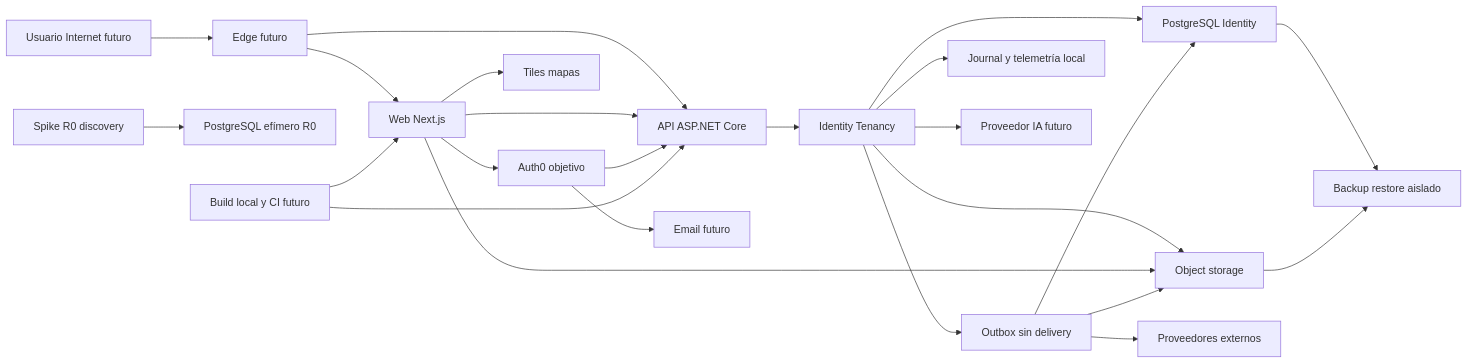
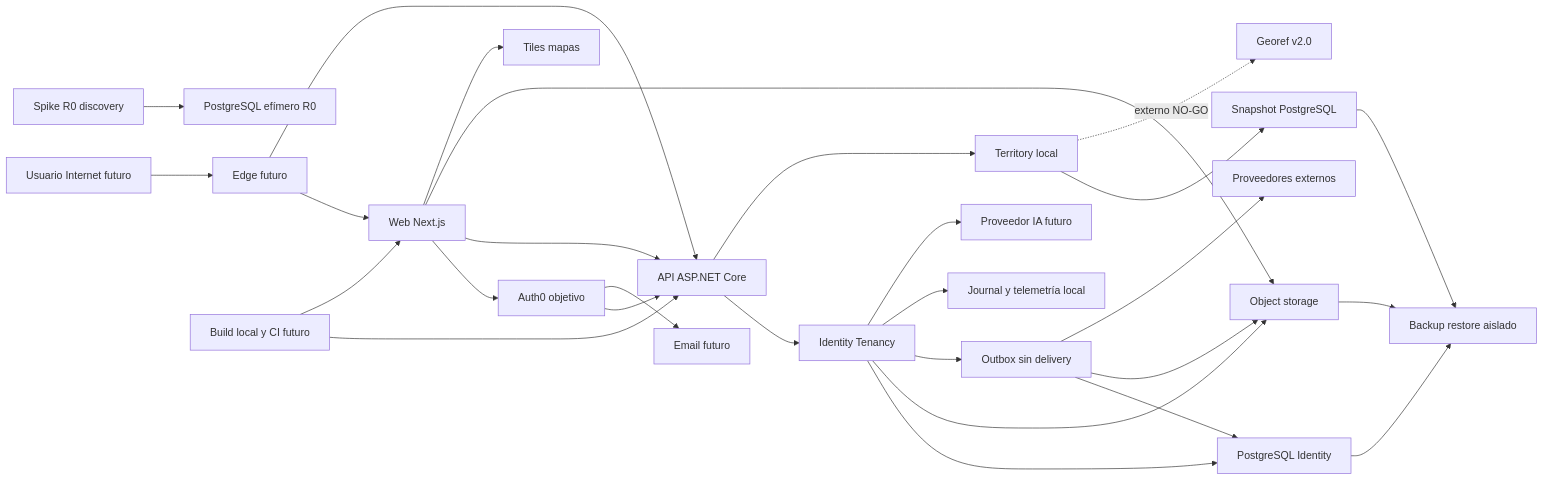
The diagram in tasks/evidence/AGRO-SEC-001/AgropecuarIA-threat-model.md (JuaniRMariani/AgropecuarIA), drawn with Mermaid before and after one commit. The commit also changed other lines of this file and 67 other files, not shown here.

````diff
--- a/tasks/evidence/AGRO-SEC-001/AgropecuarIA-threat-model.md
+++ b/tasks/evidence/AGRO-SEC-001/AgropecuarIA-threat-model.md
@@ -64,26 +66,30 @@
 ```mermaid
 flowchart LR
   U["Usuario Internet futuro"] --> E["Edge futuro"]
   E --> W["Web Next.js"]
   E --> A["API ASP.NET Core"]
   W --> I["Auth0 objetivo"]
   W --> A["API ASP.NET Core"]
   I --> A
   I --> N["Email futuro"]
   A --> M["Identity Tenancy"]
   M --> D["PostgreSQL Identity"]
+  A --> G["Territory local"]
+  G --> GD["Snapshot PostgreSQL"]
+  G -. "externo NO-GO" .-> GE["Georef v2.0"]
   S["Spike R0 discovery"] --> SD["PostgreSQL efímero R0"]
   M --> O["Object storage"]
   W --> O
   W --> T["Tiles mapas"]
   M --> Q["Outbox sin delivery"]
   Q --> D
   Q --> O
   Q --> P["Proveedores externos"]
   M --> L["Journal y telemetría local"]
   M --> X["Proveedor IA futuro"]
   B["Build local y CI futuro"] --> A
   B --> W
   D --> R["Backup restore aislado"]
+  GD --> R
   O --> R
 ```
````
